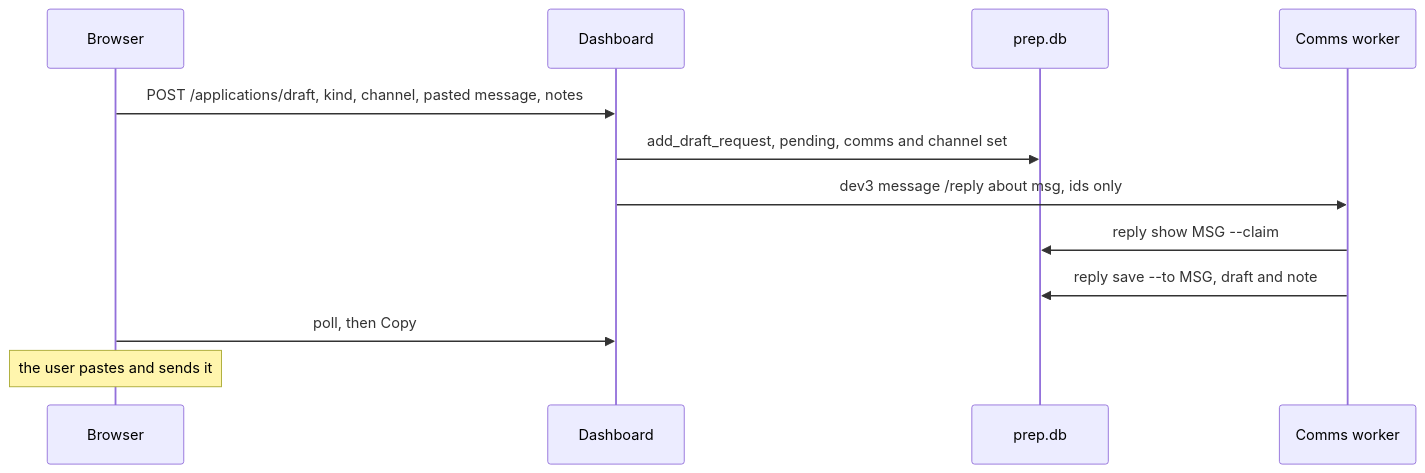
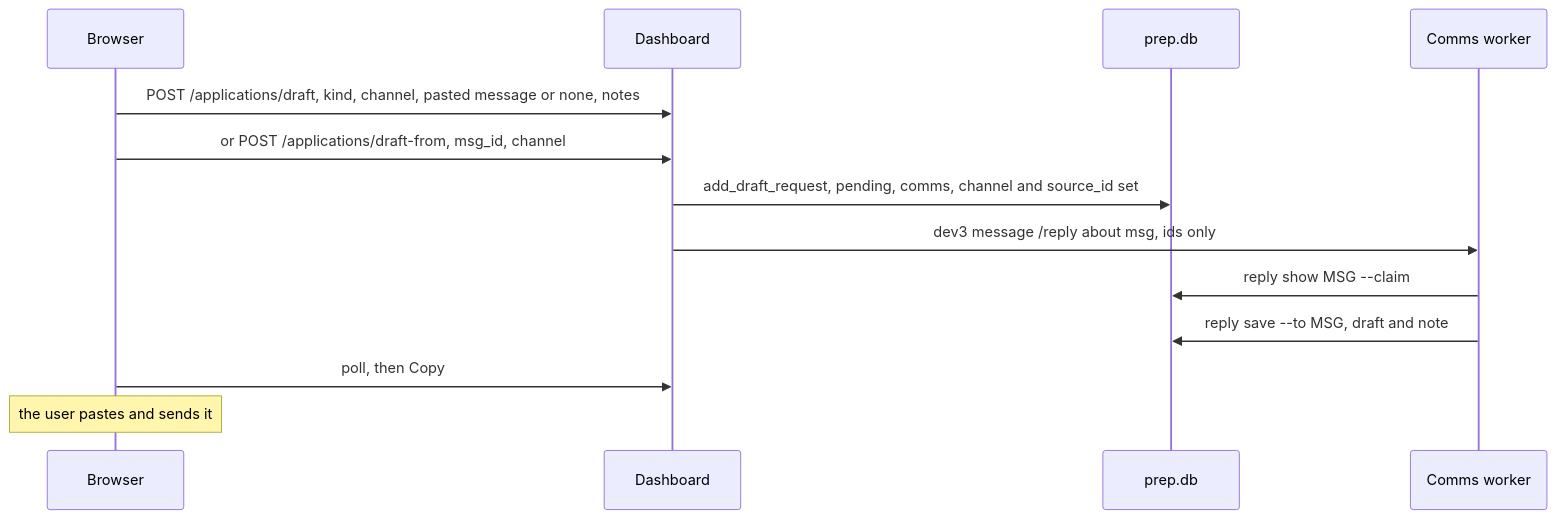
One commit to Pavlana/hirey changed the third of 4 diagrams in docs/reference/assistants.md. Above: the diagram before and after it, drawn with Mermaid. The commit also changed other lines of this file and 10 other files, not shown here.

First line of the commit message:
Draft a reply from a message already in the thread (#52)

````diff
--- a/docs/reference/assistants.md
+++ b/docs/reference/assistants.md
@@ -371,14 +372,15 @@
 ```mermaid
 sequenceDiagram
     participant U as Browser
     participant W as Dashboard
     participant DB as prep.db
     participant C as Comms worker
-    U->>W: POST /applications/draft, kind, channel, pasted message, notes
-    W->>DB: add_draft_request, pending, comms and channel set
+    U->>W: POST /applications/draft, kind, channel, pasted message or none, notes
+    U->>W: or POST /applications/draft-from, msg_id, channel
+    W->>DB: add_draft_request, pending, comms, channel and source_id set
     W->>C: dev3 message /reply about msg, ids only
     C->>DB: reply show MSG --claim
     C->>DB: reply save --to MSG, draft and note
     U->>W: poll, then Copy
     Note over U: the user pastes and sends it
 ```
````
